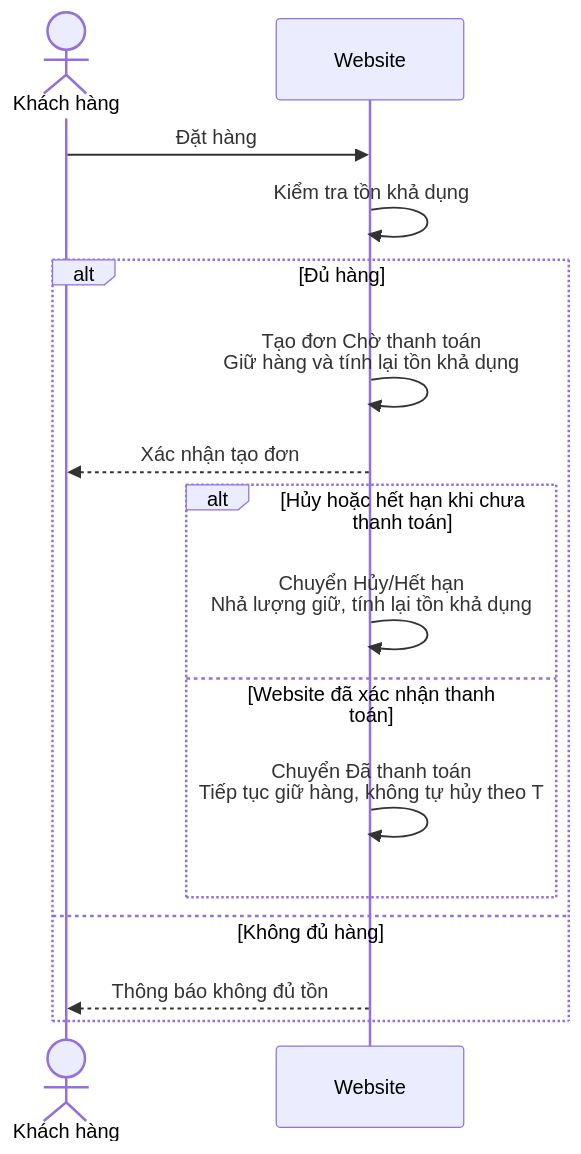
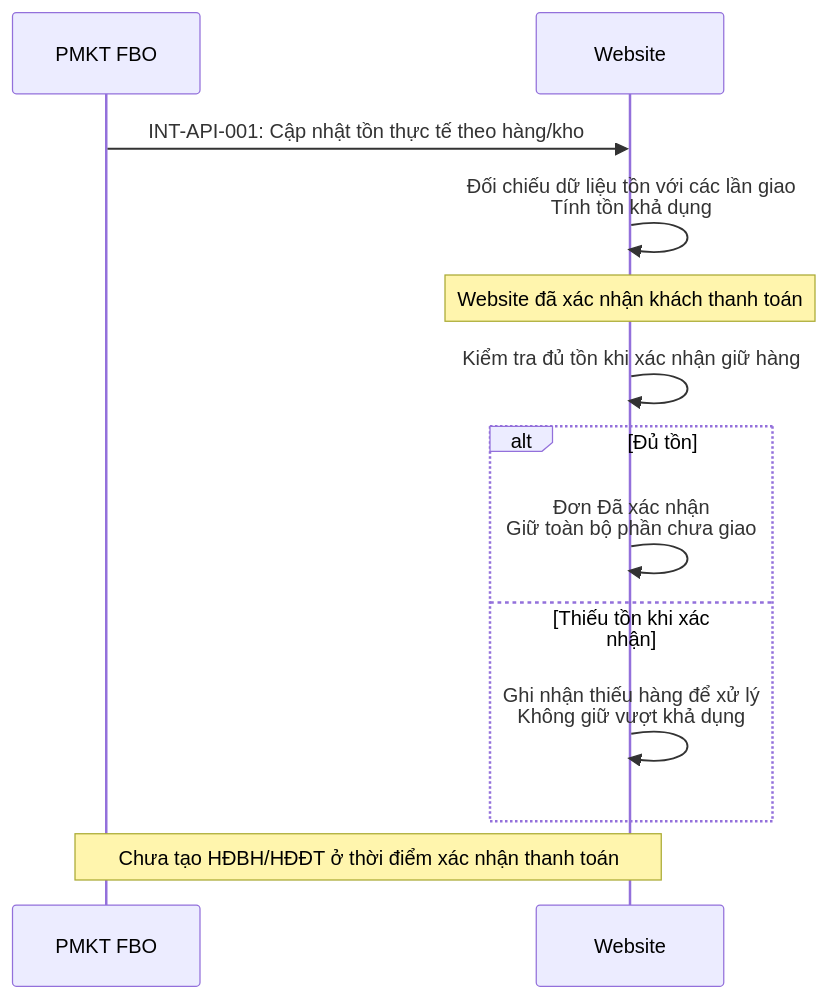
Before and after one commit to quangnh0609/PhuongThao: the first of 3 diagrams in TOM_TAT_YEU_CAU_GIAI_PHAP_API.md, drawn with Mermaid. The commit also changed other lines of this file and 56 other files, not shown here.

````diff
--- a/TOM_TAT_YEU_CAU_GIAI_PHAP_API.md
+++ b/TOM_TAT_YEU_CAU_GIAI_PHAP_API.md
@@ -46,18 +49,15 @@
 ```mermaid
 sequenceDiagram
-    actor KH as Khách hàng
+    participant FBO as PMKT FBO
     participant WEB as Website
-    KH->>WEB: Đặt hàng
-    WEB->>WEB: Kiểm tra tồn khả dụng
-    alt Đủ hàng
-        WEB->>WEB: Tạo đơn Chờ thanh toán<br/>Giữ hàng và tính lại tồn khả dụng
-        WEB-->>KH: Xác nhận tạo đơn
-        alt Hủy hoặc hết hạn khi chưa thanh toán
-            WEB->>WEB: Chuyển Hủy/Hết hạn<br/>Nhả lượng giữ, tính lại tồn khả dụng
-        else Website đã xác nhận thanh toán
-            WEB->>WEB: Chuyển Đã thanh toán<br/>Tiếp tục giữ hàng, không tự hủy theo T
-        end
-    else Không đủ hàng
-        WEB-->>KH: Thông báo không đủ tồn
+    FBO->>WEB: INT-API-001: Cập nhật tồn thực tế theo hàng/kho
+    WEB->>WEB: Đối chiếu dữ liệu tồn với các lần giao<br/>Tính tồn khả dụng
+    Note over WEB: Website đã xác nhận khách thanh toán
+    WEB->>WEB: Kiểm tra đủ tồn khi xác nhận giữ hàng
+    alt Đủ tồn
+        WEB->>WEB: Đơn Đã xác nhận<br/>Giữ toàn bộ phần chưa giao
+    else Thiếu tồn khi xác nhận
+        WEB->>WEB: Ghi nhận thiếu hàng để xử lý<br/>Không giữ vượt khả dụng
     end
+    Note over WEB,FBO: Chưa tạo HĐBH/HĐĐT ở thời điểm xác nhận thanh toán
 ```
````
